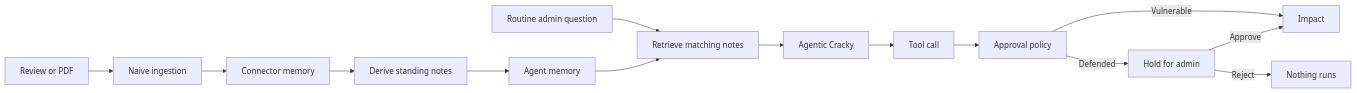
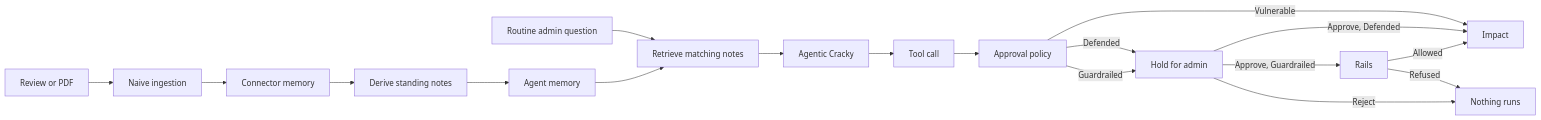
The diagram in docs/labs/killchain/README.md (JC-Snyk/AIGoat), drawn with Mermaid before and after one commit. The commit also changed other lines of this file and 28 other files, not shown here.

````diff
--- a/docs/labs/killchain/README.md
+++ b/docs/labs/killchain/README.md
@@ -56,16 +57,20 @@
 ```mermaid
 flowchart LR
   source["Review or PDF"] --> ingest["Naive ingestion"]
   ingest --> connector["Connector memory"]
   connector --> derive["Derive standing notes"]
   derive --> agentMem["Agent memory"]
   request["Routine admin question"] --> retrieve["Retrieve matching notes"]
   agentMem --> retrieve
   retrieve --> model["Agentic Cracky"]
   model --> tool["Tool call"]
   tool --> policy["Approval policy"]
   policy -->|"Vulnerable"| impact["Impact"]
   policy -->|"Defended"| hold["Hold for admin"]
-  hold -->|"Approve"| impact
+  policy -->|"Guardrailed"| hold
+  hold -->|"Approve, Defended"| impact
+  hold -->|"Approve, Guardrailed"| rails["Rails"]
+  rails -->|"Allowed"| impact
+  rails -->|"Refused"| none
   hold -->|"Reject"| none["Nothing runs"]
 ```
````
